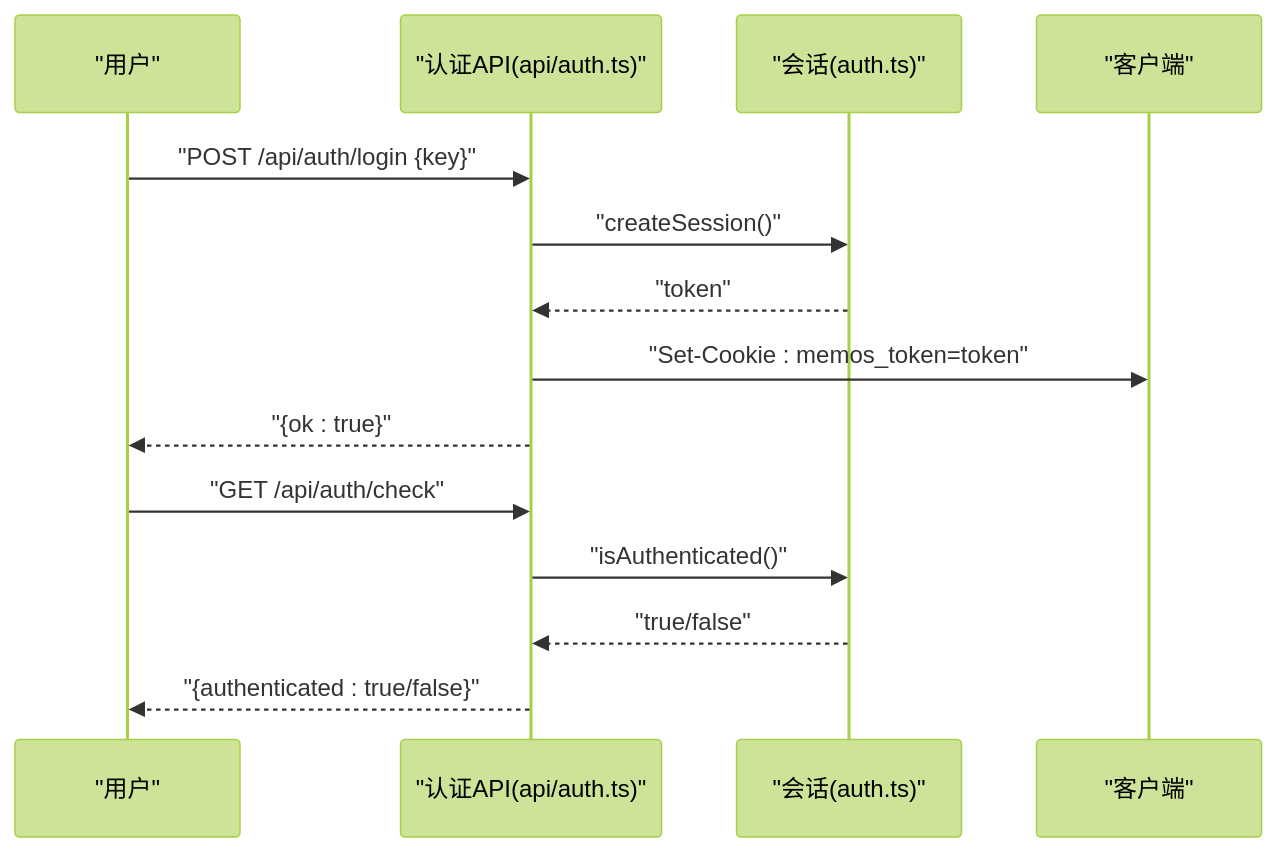
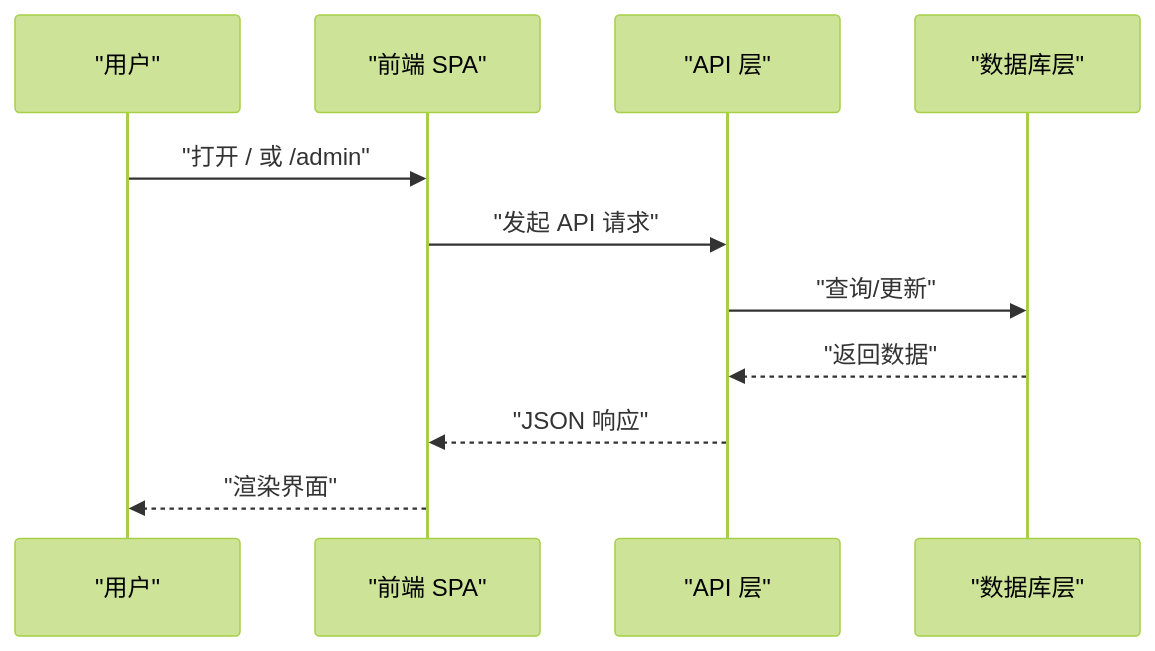
One commit to BlackBoxRecorder/memos changed the sixth of 9 diagrams in .qoder/repowiki/zh/content/架构设计/架构设计.md. Above: the diagram before and after it, drawn with Mermaid (forest theme). The commit also changed other lines of this file and 83 other files, not shown here.

````diff
--- a/.qoder/repowiki/zh/content/架构设计/架构设计.md
+++ b/.qoder/repowiki/zh/content/架构设计/架构设计.md
@@ -251,16 +286,13 @@
 ```mermaid
 sequenceDiagram
 participant U as "用户"
-participant A as "认证API(api/auth.ts)"
-participant S as "会话(auth.ts)"
-participant C as "客户端"
-U->>A : "POST /api/auth/login {key}"
-A->>S : "createSession()"
-S-->>A : "token"
-A->>C : "Set-Cookie : memos_token=token"
-A-->>U : "{ok : true}"
-U->>A : "GET /api/auth/check"
-A->>S : "isAuthenticated()"
-S-->>A : "true/false"
-A-->>U : "{authenticated : true/false}"
+participant FE as "前端 SPA"
+participant API as "API 层"
+participant DB as "数据库层"
+U->>FE : "打开 / 或 /admin"
+FE->>API : "发起 API 请求"
+API->>DB : "查询/更新"
+DB-->>API : "返回数据"
+API-->>FE : "JSON 响应"
+FE-->>U : "渲染界面"
 ```
````
